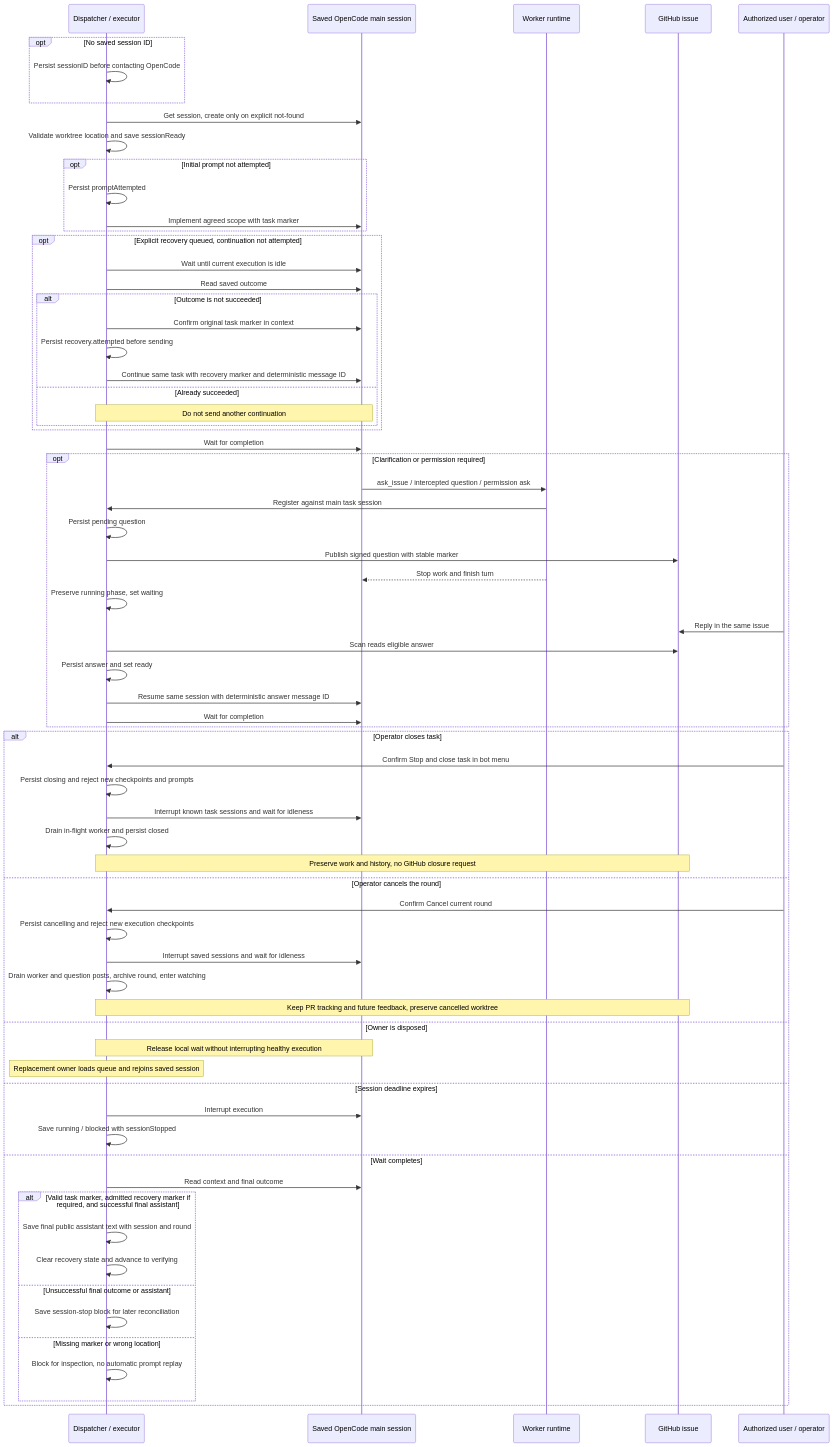
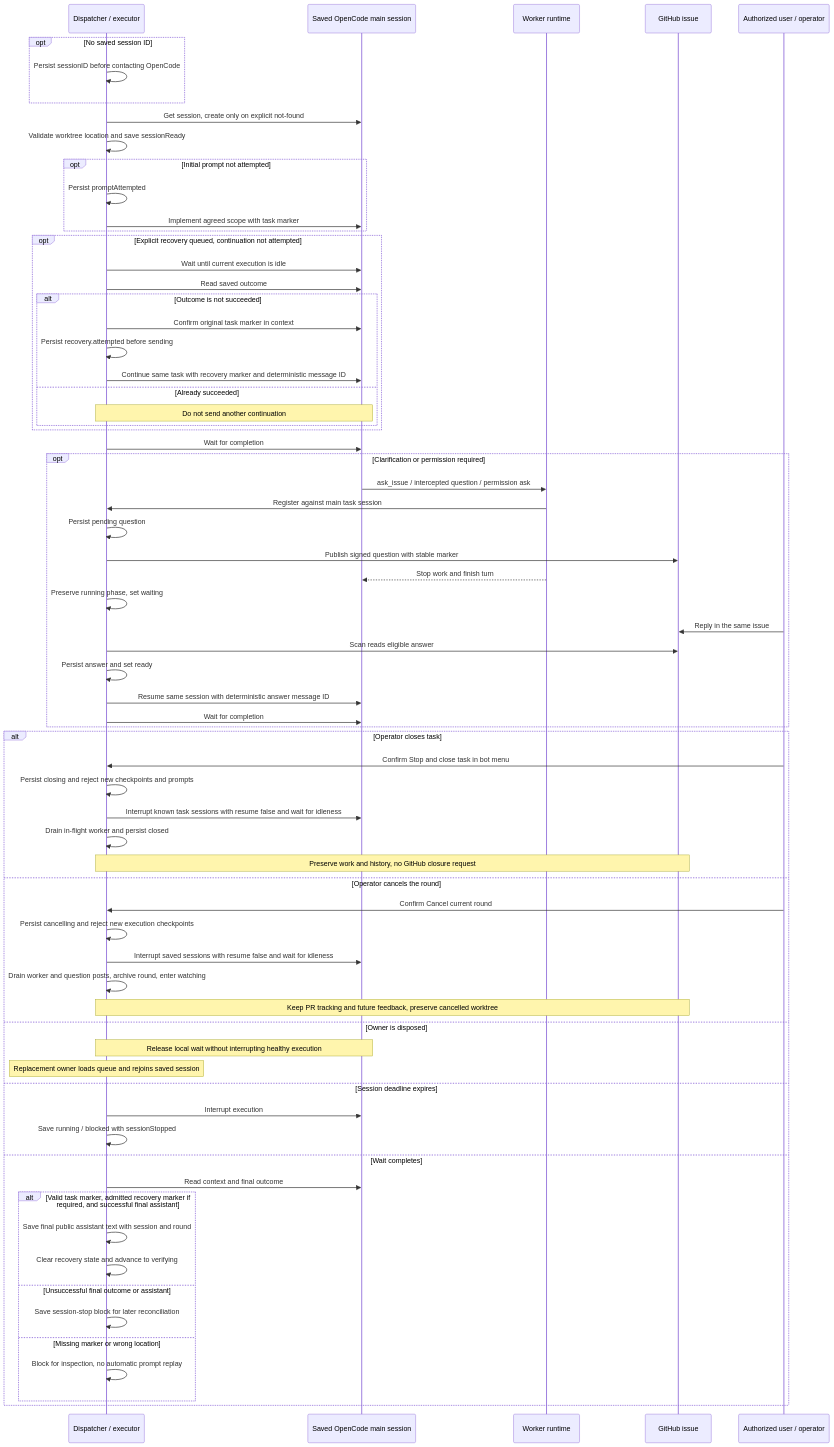
One commit to d3cker/opencode2-github-automation changed the fourth of 8 diagrams in docs/bot-workflow.md. Above: the diagram before and after it, drawn with Mermaid. The commit also changed other lines of this file and 13 other files, not shown here.

````diff
--- a/docs/bot-workflow.md
+++ b/docs/bot-workflow.md
@@ -268,71 +272,71 @@
 ```mermaid
 sequenceDiagram
     participant D as Dispatcher / executor
     participant S as Saved OpenCode main session
     participant R as Worker runtime
     participant G as GitHub issue
     participant U as Authorized user / operator
     opt No saved session ID
         D->>D: Persist sessionID before contacting OpenCode
     end
     D->>S: Get session, create only on explicit not-found
     D->>D: Validate worktree location and save sessionReady
     opt Initial prompt not attempted
         D->>D: Persist promptAttempted
         D->>S: Implement agreed scope with task marker
     end
     opt Explicit recovery queued, continuation not attempted
         D->>S: Wait until current execution is idle
         D->>S: Read saved outcome
         alt Outcome is not succeeded
             D->>S: Confirm original task marker in context
             D->>D: Persist recovery.attempted before sending
             D->>S: Continue same task with recovery marker and deterministic message ID
         else Already succeeded
             Note over D,S: Do not send another continuation
         end
     end
     D->>S: Wait for completion
     opt Clarification or permission required
         S->>R: ask_issue / intercepted question / permission ask
         R->>D: Register against main task session
         D->>D: Persist pending question
         D->>G: Publish signed question with stable marker
         R-->>S: Stop work and finish turn
         D->>D: Preserve running phase, set waiting
         U->>G: Reply in the same issue
         D->>G: Scan reads eligible answer
         D->>D: Persist answer and set ready
         D->>S: Resume same session with deterministic answer message ID
         D->>S: Wait for completion
     end
     alt Operator closes task
         U->>D: Confirm Stop and close task in bot menu
         D->>D: Persist closing and reject new checkpoints and prompts
-        D->>S: Interrupt known task sessions and wait for idleness
+        D->>S: Interrupt known task sessions with resume false and wait for idleness
         D->>D: Drain in-flight worker and persist closed
         Note over D,G: Preserve work and history, no GitHub closure request
     else Operator cancels the round
         U->>D: Confirm Cancel current round
         D->>D: Persist cancelling and reject new execution checkpoints
-        D->>S: Interrupt saved sessions and wait for idleness
+        D->>S: Interrupt saved sessions with resume false and wait for idleness
         D->>D: Drain worker and question posts, archive round, enter watching
         Note over D,G: Keep PR tracking and future feedback, preserve cancelled worktree
     else Owner is disposed
         Note over D,S: Release local wait without interrupting healthy execution
         Note over D: Replacement owner loads queue and rejoins saved session
     else Session deadline expires
         D->>S: Interrupt execution
         D->>D: Save running / blocked with sessionStopped
     else Wait completes
         D->>S: Read context and final outcome
         alt Valid task marker, admitted recovery marker if required, and successful final assistant
             D->>D: Save final public assistant text with session and round
             D->>D: Clear recovery state and advance to verifying
         else Unsuccessful final outcome or assistant
             D->>D: Save session-stop block for later reconciliation
         else Missing marker or wrong location
             D->>D: Block for inspection, no automatic prompt replay
         end
     end
 ```
````
